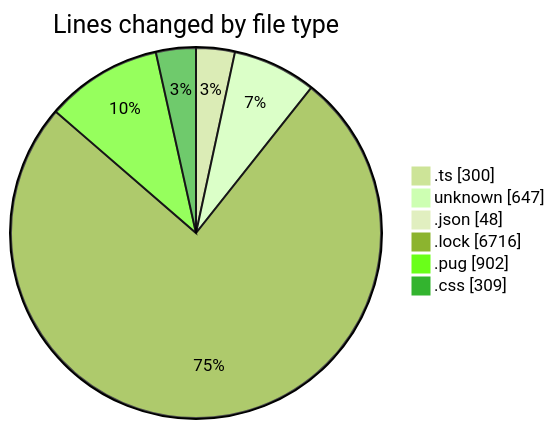
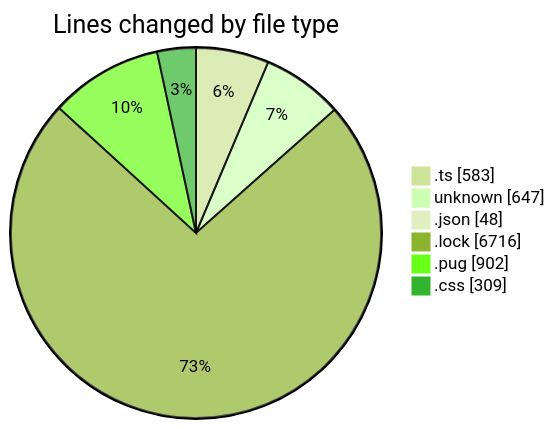
The first of 2 diagrams in 2026-05-22/cda/README.md (momahboobian/code-tracking), drawn with Mermaid (forest theme) before and after one commit. The commit also changed other lines of this file and 1 other file, not shown here.

````diff
--- a/2026-05-22/cda/README.md
+++ b/2026-05-22/cda/README.md
@@ -30,10 +32,10 @@
 ```mermaid
 pie showData
 title Lines changed by file type
-".ts" : 300
+".ts" : 583
 "unknown" : 647
 ".json" : 48
 ".lock" : 6716
 ".pug" : 902
 ".css" : 309
 ```
````
